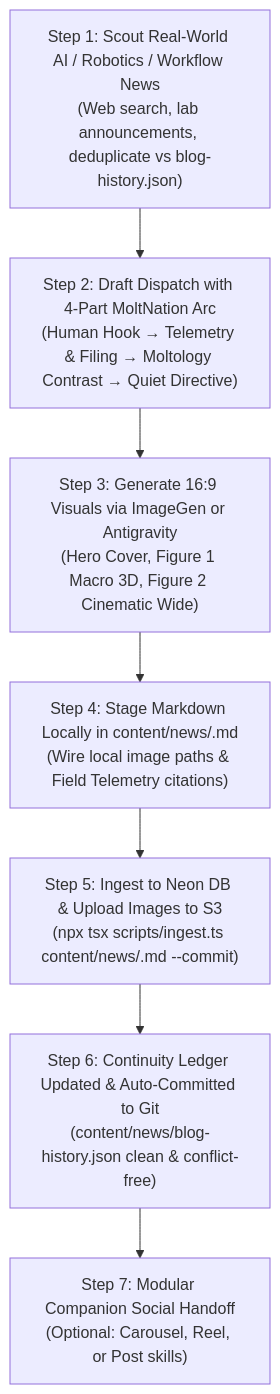
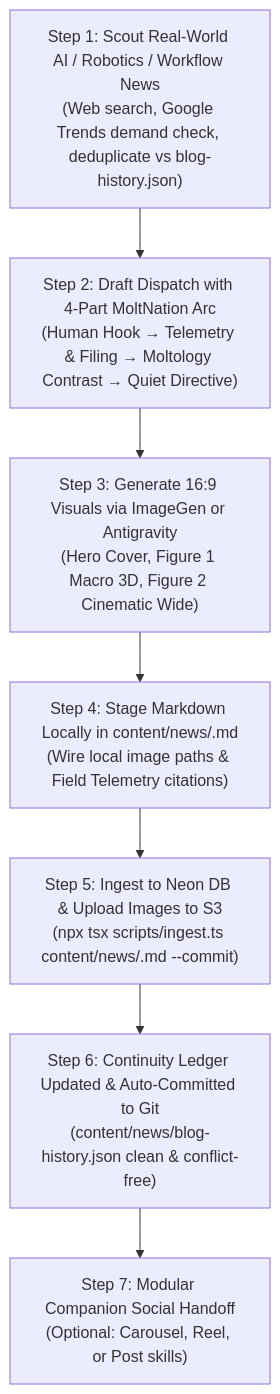
The diagram in .agents/skills/blog-creator/SKILL.md (mstupp1/moltology), drawn with Mermaid before and after one commit. The commit also changed other lines of this file and 4 other files, not shown here.

First line of the commit message:
Ground blog topic picks in free search-demand data (#184)

````diff
--- a/.agents/skills/blog-creator/SKILL.md
+++ b/.agents/skills/blog-creator/SKILL.md
@@ -36,9 +36,9 @@
 ```mermaid
 flowchart TD
-    A["Step 1: Scout Real-World AI / Robotics / Workflow News<br/>(Web search, lab announcements, deduplicate vs blog-history.json)"] --> B["Step 2: Draft Dispatch with 4-Part MoltNation Arc<br/>(Human Hook → Telemetry & Filing → Moltology Contrast → Quiet Directive)"]
+    A["Step 1: Scout Real-World AI / Robotics / Workflow News<br/>(Web search, Google Trends demand check, deduplicate vs blog-history.json)"] --> B["Step 2: Draft Dispatch with 4-Part MoltNation Arc<br/>(Human Hook → Telemetry & Filing → Moltology Contrast → Quiet Directive)"]
     B --> C["Step 3: Generate 16:9 Visuals via ImageGen or Antigravity<br/>(Hero Cover, Figure 1 Macro 3D, Figure 2 Cinematic Wide)"]
     C --> D["Step 4: Stage Markdown Locally in content/news/<slug>.md<br/>(Wire local image paths & Field Telemetry citations)"]
     D --> E["Step 5: Ingest to Neon DB & Upload Images to S3<br/>(npx tsx scripts/ingest.ts content/news/<slug>.md --commit)"]
     E --> F["Step 6: Continuity Ledger Updated & Auto-Committed to Git<br/>(content/news/blog-history.json clean & conflict-free)"]
     F --> G["Step 7: Modular Companion Social Handoff<br/>(Optional: Carousel, Reel, or Post skills)"]
 ```
````
